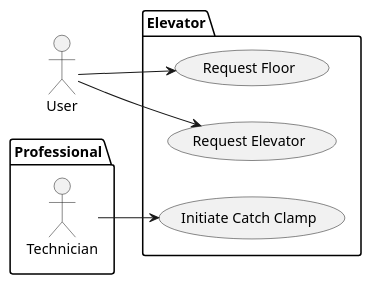
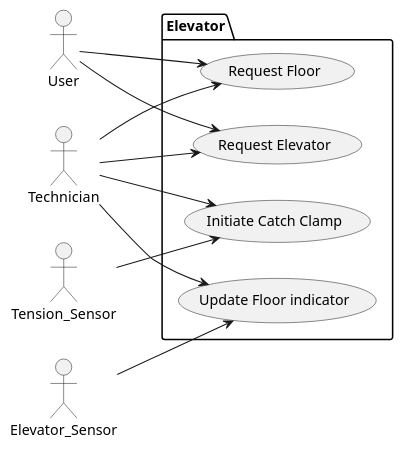
One commit to MarijnVerschuren/Tech changed the diagram in software/design/elevator/usecase_diagram.puml. Above: the diagram before and after it, drawn with PlantUML. The commit also changed 17 other files, not shown here.

```diff
--- a/software/design/elevator/usecase_diagram.puml
+++ b/software/design/elevator/usecase_diagram.puml
@@ -1,15 +1,23 @@
 @startuml
 left to right direction
-actor User as U
-package Professional {
-  actor Technician as T
-}
+
+actor "User" as U
+actor "Technician" as T
+actor "Tension_Sensor" as TS
+actor "Elevator_Sensor" as ES
+
 package Elevator {
-  usecase "Request Floor" as UC1
-  usecase "Request Elevator" as UC2
-  usecase "Initiate Catch Clamp" as UC3
+	usecase "Request Floor" as UC1
+	usecase "Request Elevator" as UC2
+	usecase "Initiate Catch Clamp" as UC3
+	usecase "Update Floor indicator" as UC4
 }
 U --> UC1
 U --> UC2
+T --> UC1
+T --> UC2
 T --> UC3
+TS --> UC3
+T --> UC4
+ES --> UC4
 @enduml
```
